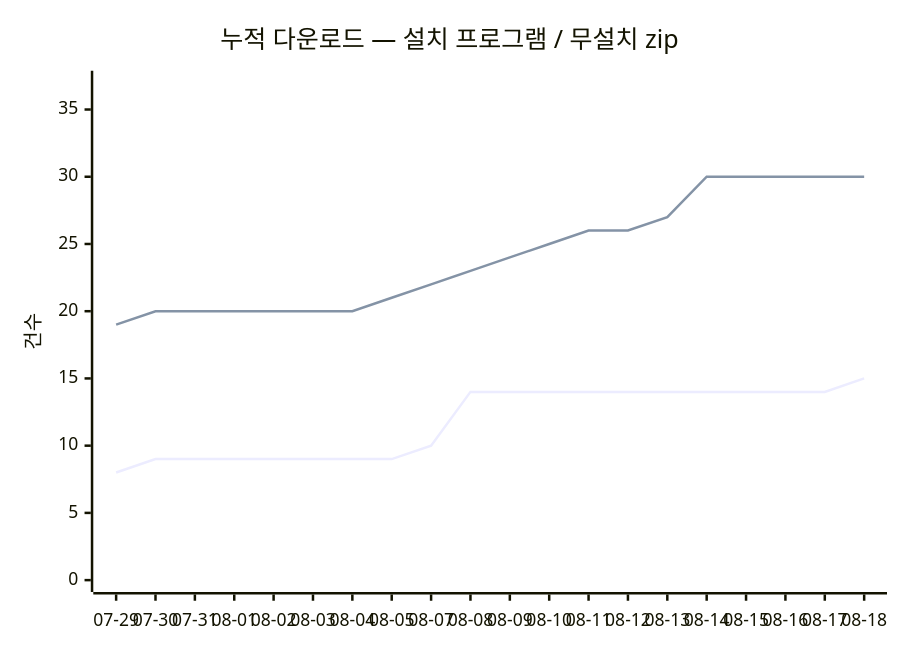
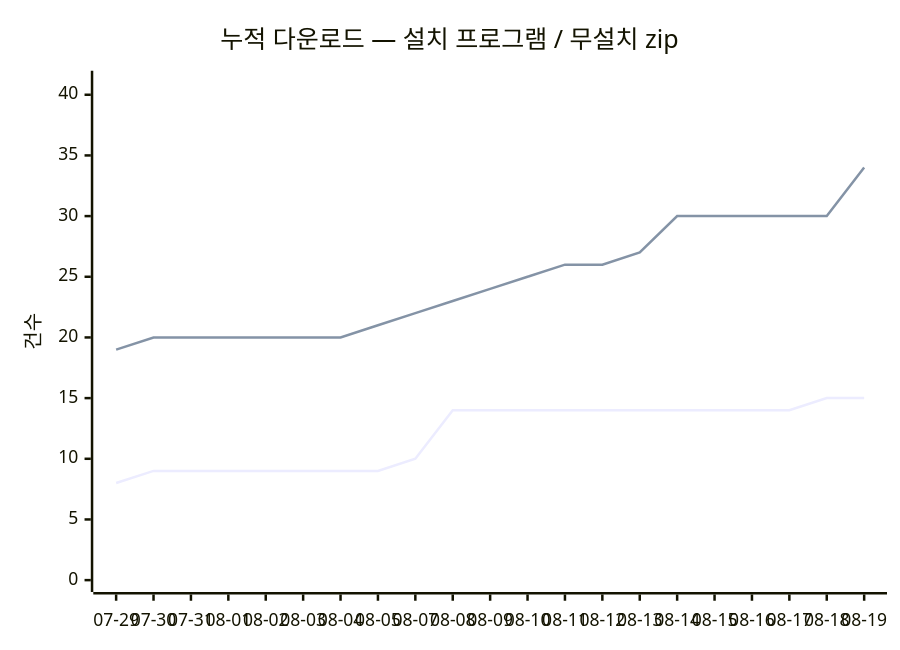
One commit to dodaseo/ibis-releases changed the diagram in README.md. Above: the diagram before and after it, drawn with Mermaid. The commit also changed other lines of this file and 2 other files, not shown here.

Commit message:
chore(stats): 다운로드 스냅숏 2026-08-19

````diff
--- a/README.md
+++ b/README.md
@@ -162,8 +162,8 @@
 ```mermaid
 xychart-beta
     title "누적 다운로드 — 설치 프로그램 / 무설치 zip"
-    x-axis [07-29, 07-30, 07-31, 08-01, 08-02, 08-03, 08-04, 08-05, 08-07, 08-08, 08-09, 08-10, 08-11, 08-12, 08-13, 08-14, 08-15, 08-16, 08-17, 08-18]
-    y-axis "건수" 0 --> 37
-    line [8, 9, 9, 9, 9, 9, 9, 9, 10, 14, 14, 14, 14, 14, 14, 14, 14, 14, 14, 15]
-    line [19, 20, 20, 20, 20, 20, 20, 21, 22, 23, 24, 25, 26, 26, 27, 30, 30, 30, 30, 30]
+    x-axis [07-29, 07-30, 07-31, 08-01, 08-02, 08-03, 08-04, 08-05, 08-07, 08-08, 08-09, 08-10, 08-11, 08-12, 08-13, 08-14, 08-15, 08-16, 08-17, 08-18, 08-19]
+    y-axis "건수" 0 --> 41
+    line [8, 9, 9, 9, 9, 9, 9, 9, 10, 14, 14, 14, 14, 14, 14, 14, 14, 14, 14, 15, 15]
+    line [19, 20, 20, 20, 20, 20, 20, 21, 22, 23, 24, 25, 26, 26, 27, 30, 30, 30, 30, 30, 34]
 ```
````
